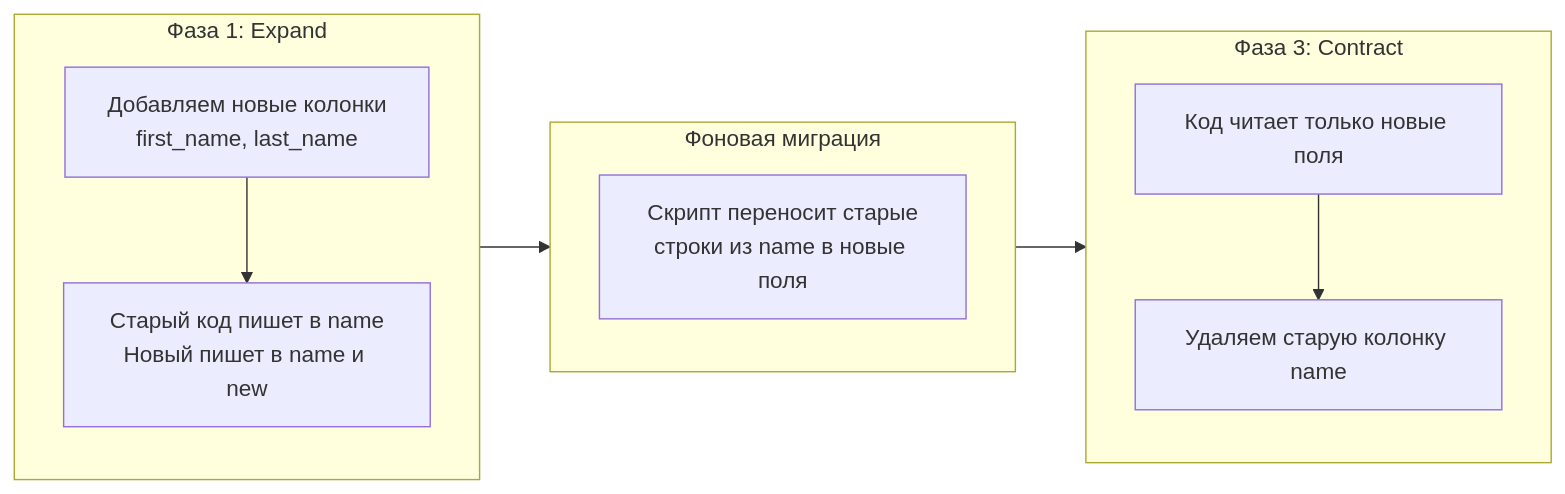
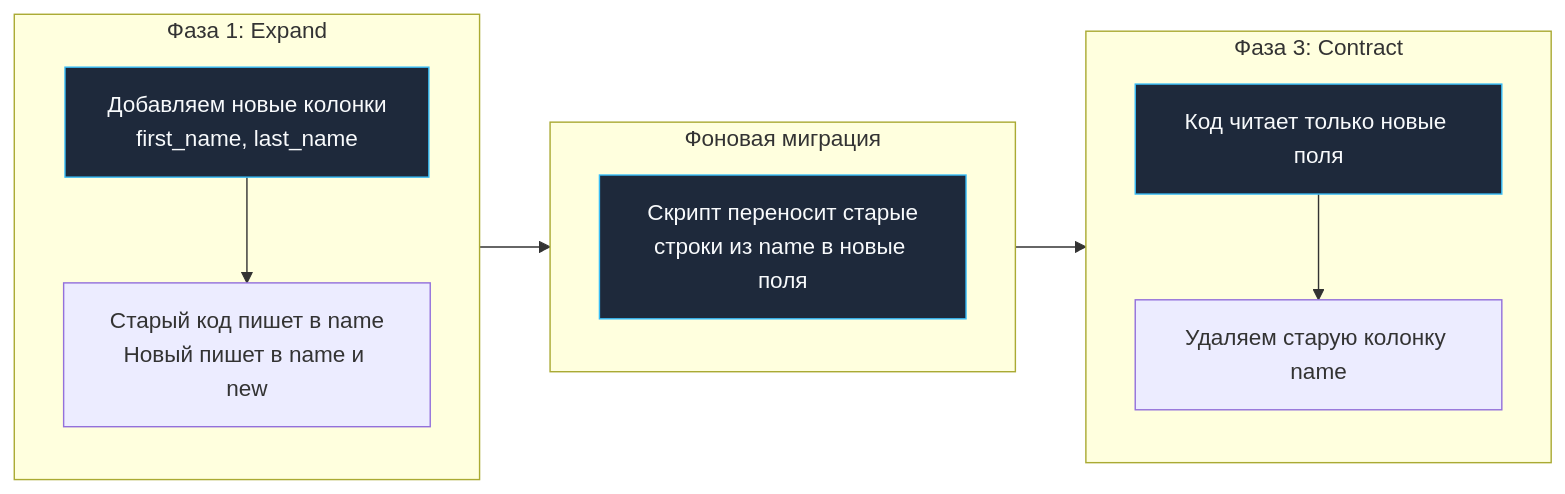
Before and after one commit to UnrealTemplier/go-textbook: the second of 2 diagrams in sources/16. Профилирование, отладка и производительность/10. Highload/4. Canary releases.md, drawn with Mermaid. The commit also changed 1666 other files, not shown here.

First line of the commit message:
feat(mermaid): add semantic color classDef to 1369 colorless flowchart/graph diagrams

````diff
--- a/sources/16. Профилирование, отладка и производительность/10. Highload/4. Canary releases.md
+++ b/sources/16. Профилирование, отладка и производительность/10. Highload/4. Canary releases.md
@@ -89,13 +89,23 @@
 ```mermaid
 flowchart LR
+    classDef process  fill:#1e293b,stroke:#38bdf8,stroke-width:1px,color:#f8fafc
+    classDef success  fill:#064e3b,stroke:#34d399,stroke-width:1px,color:#f8fafc
+    classDef error    fill:#7f1d1d,stroke:#f87171,stroke-width:1px,color:#f8fafc
+    classDef warning  fill:#78350f,stroke:#fbbf24,stroke-width:1px,color:#f8fafc
+    classDef entry    fill:#1e3a5f,stroke:#38bdf8,stroke-width:2px,color:#f8fafc
+    classDef aux      fill:#334155,stroke:#64748b,stroke-width:1px,color:#f8fafc
+    classDef system   fill:#312e81,stroke:#a78bfa,stroke-width:1px,color:#f8fafc
+    classDef data     fill:#132d29,stroke:#2dd4bf,stroke-width:1px,color:#f8fafc
+    classDef network  fill:#881337,stroke:#fb7185,stroke-width:1px,color:#f8fafc
+    classDef accent   fill:#1e1b4b,stroke:#818cf8,stroke-width:1px,color:#f8fafc
     subgraph Phase1 ["Фаза 1: Expand"]
-        E1["Добавляем новые колонки<br>first_name, last_name"] --> E2["Старый код пишет в name<br>Новый пишет в name и new"]
+        E1["Добавляем новые колонки<br>first_name, last_name"]:::process --> E2["Старый код пишет в name<br>Новый пишет в name и new"]
     end
     subgraph Phase2 ["Фоновая миграция"]
-        M1["Скрипт переносит старые<br>строки из name в новые поля"]
+        M1["Скрипт переносит старые<br>строки из name в новые поля"]:::process
     end
     subgraph Phase3 ["Фаза 3: Contract"]
-        C1["Код читает только новые поля"] --> C2["Удаляем старую колонку name"]
+        C1["Код читает только новые поля"]:::process --> C2["Удаляем старую колонку name"]
     end
     Phase1 --> Phase2 --> Phase3
 ```
````
